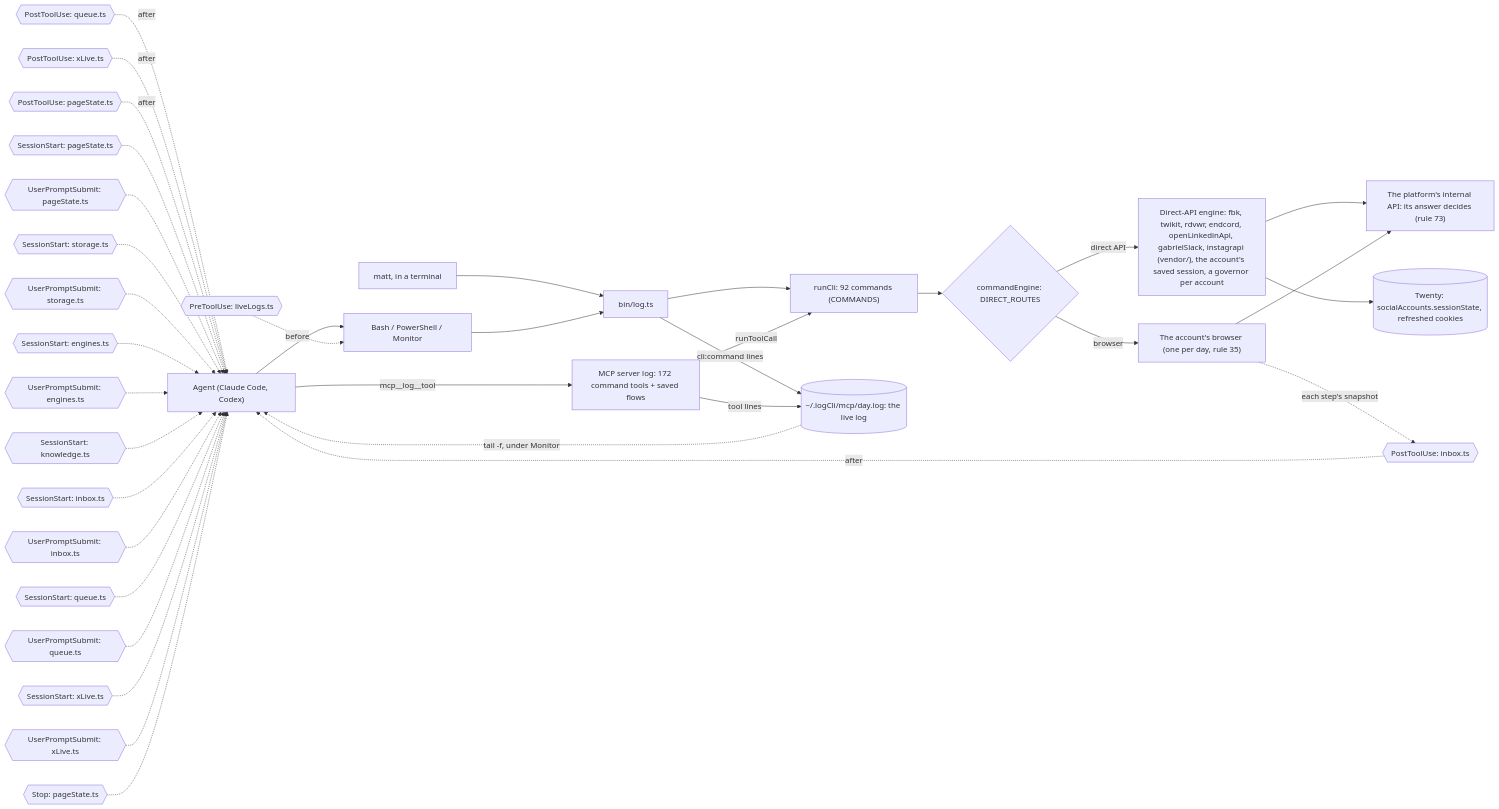
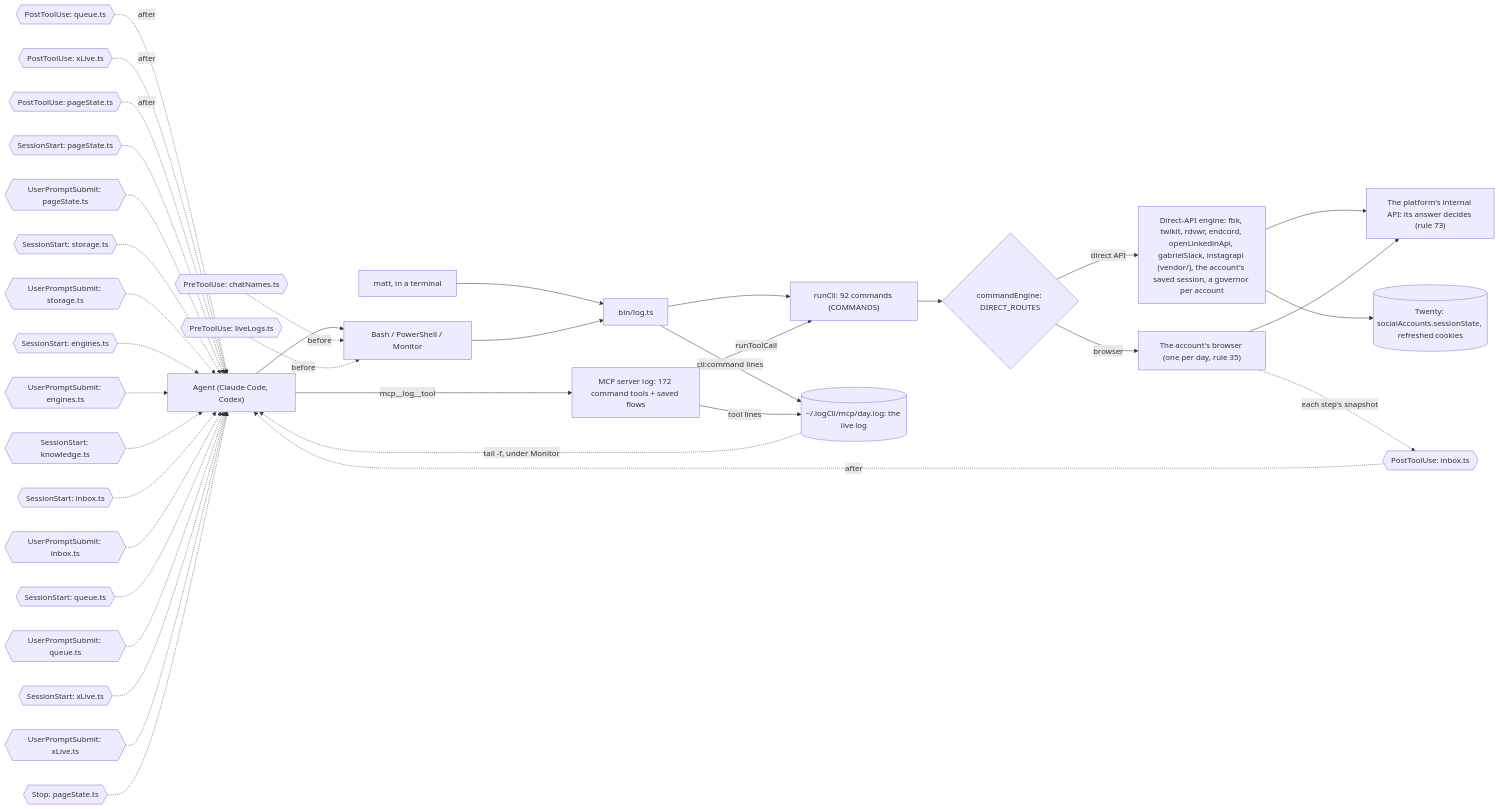
The diagram in docs/diagrams/surface.mmd (matthewdonsemail-lab/log), drawn with Mermaid before and after one commit. The commit also changed 29 other files, not shown here.

```diff
--- a/docs/diagrams/surface.mmd
+++ b/docs/diagrams/surface.mmd
@@ -1,50 +1,51 @@
 %% How a call reaches log-cli. From a shell or over MCP, both run the same commands through `runCli`, write the same live log, and pass through the same hooks. `commandEngine` sends each command to the platform's direct API or to the account's browser.
 %% Written by `bun run docs:build` from the code (rule 56). Not edited by hand.
 flowchart LR
   agent["Agent (Claude Code, Codex)"]
   matt["matt, in a terminal"]
   shell["Bash / PowerShell / Monitor"]
   mcp["MCP server log: 172 command tools + saved flows"]
   bin["bin/log.ts"]
   runCli["runCli: 92 commands (COMMANDS)"]
   live[("~/.logCli/mcp/day.log: the live log")]
   engine{"commandEngine: DIRECT_ROUTES"}
   direct["Direct-API engine: fbk, twikit, rdvwr, endcord, openLinkedinApi, gabrielSlack, instagrapi (vendor/), the account's saved session, a governor per account"]
   browser["The account's browser (one per day, rule 35)"]
   api["The platform's internal API: its answer decides (rule 73)"]
   twenty[("Twenty: socialAccounts.sessionState, refreshed cookies")]
   agent --> shell
   matt --> bin
   shell --> bin
   agent -->|mcp__log__tool| mcp
   bin --> runCli
   mcp -->|runToolCall| runCli
   runCli --> engine
   engine -->|direct API| direct
   engine -->|browser| browser
   direct --> api
   browser --> api
   direct --> twenty
   bin -->|cli:command lines| live
   mcp -->|tool lines| live
   live -.->|tail -f, under Monitor| agent
-  pre0{{"PreToolUse: liveLogs.ts"}} -.->|before| shell
+  pre0{{"PreToolUse: chatNames.ts"}} -.->|before| shell
+  pre1{{"PreToolUse: liveLogs.ts"}} -.->|before| shell
   post0{{"PostToolUse: inbox.ts"}} -.->|after| agent
   post1{{"PostToolUse: queue.ts"}} -.->|after| agent
   post2{{"PostToolUse: xLive.ts"}} -.->|after| agent
   post3{{"PostToolUse: pageState.ts"}} -.->|after| agent
   turn0{{"SessionStart: pageState.ts"}} -.-> agent
   turn1{{"UserPromptSubmit: pageState.ts"}} -.-> agent
   turn2{{"SessionStart: storage.ts"}} -.-> agent
   turn3{{"UserPromptSubmit: storage.ts"}} -.-> agent
   turn4{{"SessionStart: engines.ts"}} -.-> agent
   turn5{{"UserPromptSubmit: engines.ts"}} -.-> agent
   turn6{{"SessionStart: knowledge.ts"}} -.-> agent
   turn7{{"SessionStart: inbox.ts"}} -.-> agent
   turn8{{"UserPromptSubmit: inbox.ts"}} -.-> agent
   turn9{{"SessionStart: queue.ts"}} -.-> agent
   turn10{{"UserPromptSubmit: queue.ts"}} -.-> agent
   turn11{{"SessionStart: xLive.ts"}} -.-> agent
   turn12{{"UserPromptSubmit: xLive.ts"}} -.-> agent
   turn13{{"Stop: pageState.ts"}} -.-> agent
   browser -.->|each step's snapshot| post0
```
